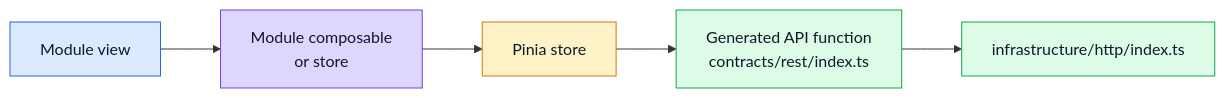
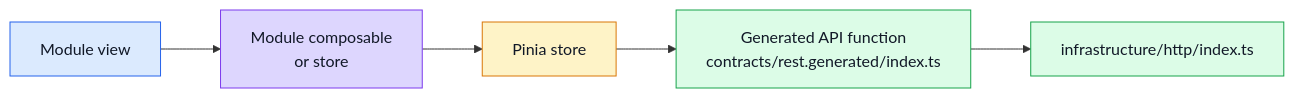
One commit to Guebbit/boilerplate-vue-frontend changed the third of 3 diagrams in docs/theory/layers.md. Above: the diagram before and after it, drawn with Mermaid. The commit also changed other lines of this file and 99 other files, not shown here.

````diff
--- a/docs/theory/layers.md
+++ b/docs/theory/layers.md
@@ -223,17 +223,17 @@
 ```mermaid
 %%{init: {'flowchart': {'nodeSpacing': 50, 'rankSpacing': 60}}}%%
 flowchart LR
     View[Module view] --> Composable[Module composable\nor store]
     Composable --> Store[Pinia store]
-    Store --> Client[Generated API function\ncontracts/rest/index.ts]
+    Store --> Client[Generated API function\ncontracts/rest.generated/index.ts]
     Client --> HTTP[infrastructure/http/index.ts]
 
     classDef view fill:#dbeafe,stroke:#2563eb,color:#111827;
     classDef comp fill:#ddd6fe,stroke:#7c3aed,color:#111827;
     classDef store fill:#fef3c7,stroke:#d97706,color:#111827;
     classDef http fill:#dcfce7,stroke:#16a34a,color:#111827;
     class View view;
     class Composable comp;
     class Store store;
     class Client,HTTP http;
 ```
````
